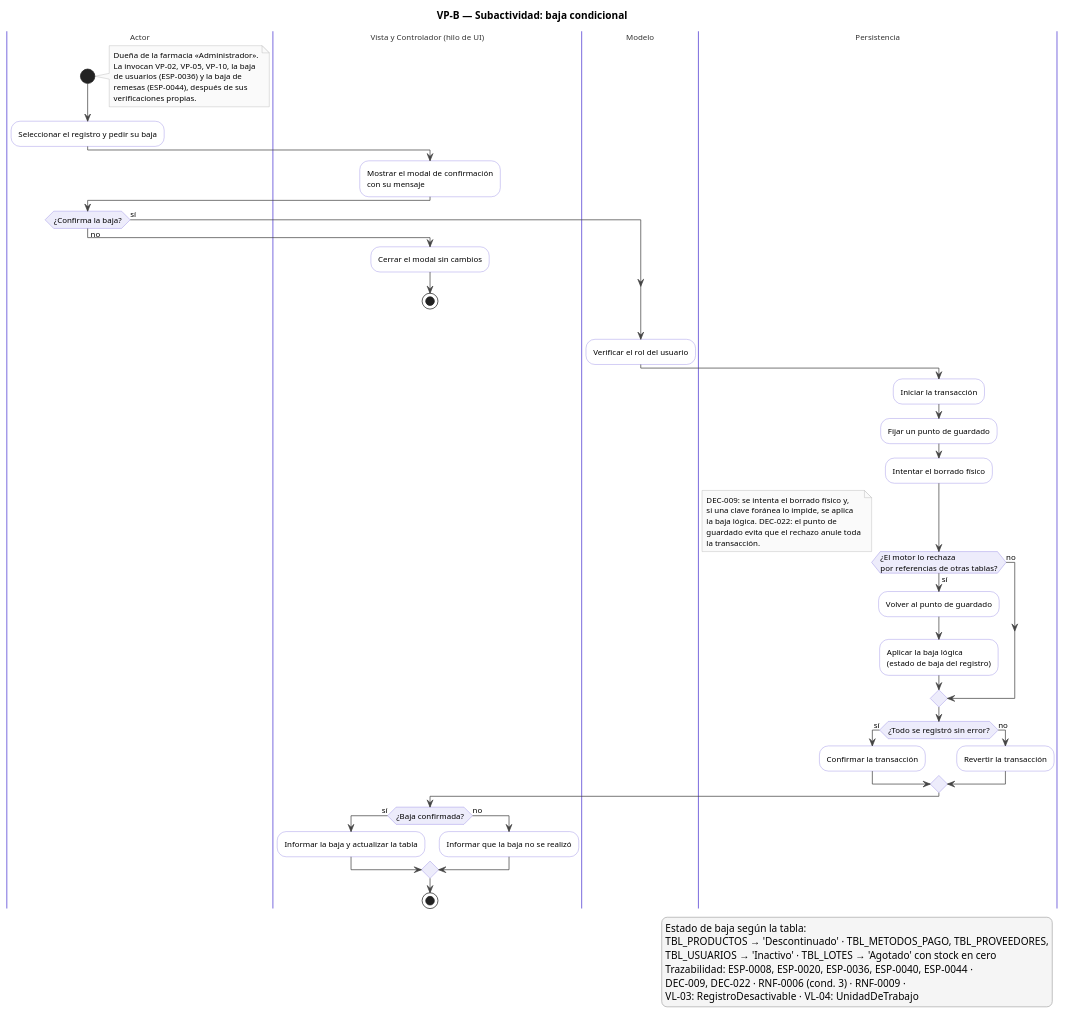
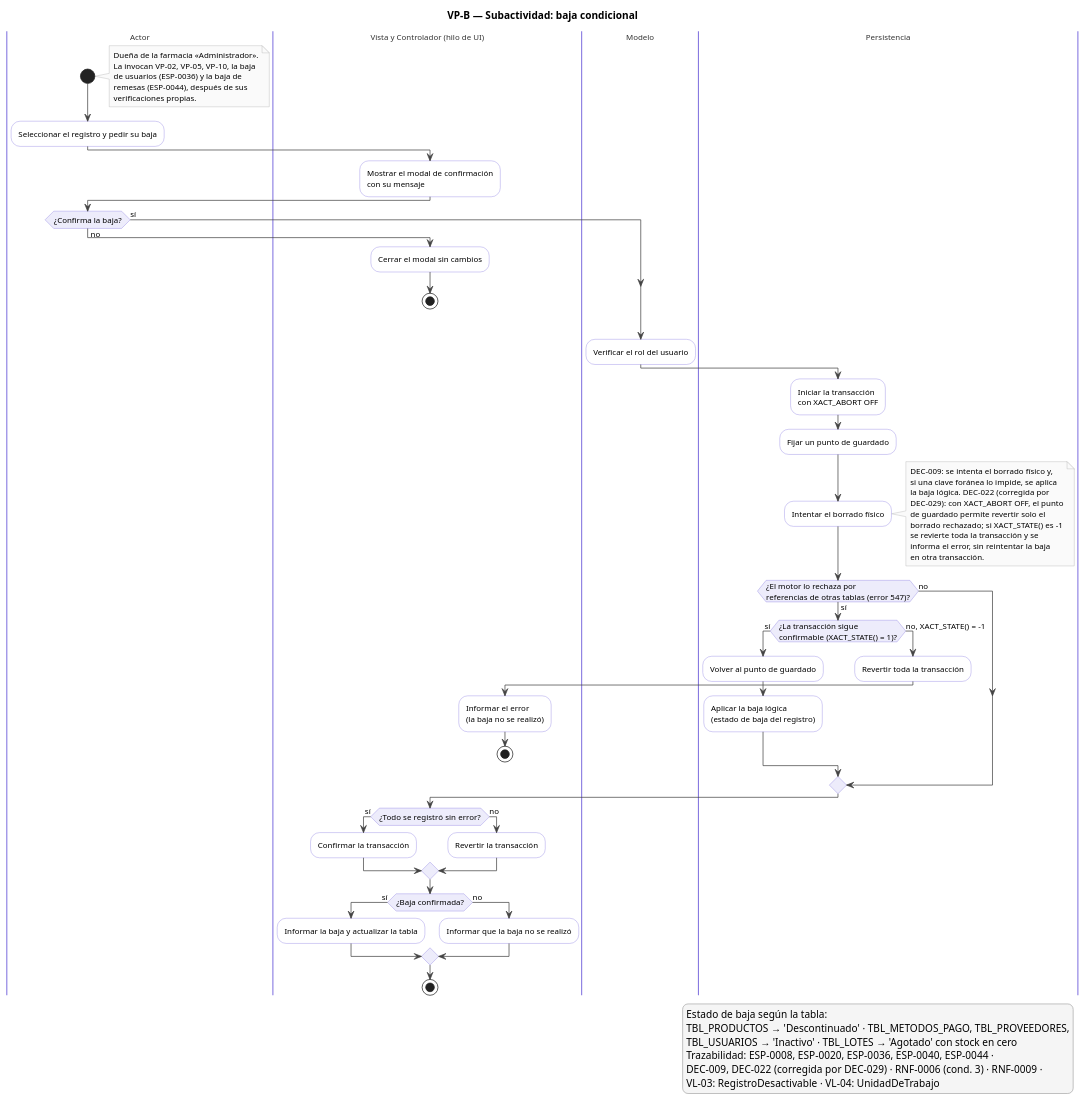
One commit to Luis-Ayben-Chahua-Charca/Farmasil_App changed the diagram in docs/diagramas/plaintext-VistaProcesos/VP-B_BajaCondicional.puml. Above: the diagram before and after it, drawn with PlantUML. The commit also changed 21 other files, not shown here.

```diff
--- a/docs/diagramas/plaintext-VistaProcesos/VP-B_BajaCondicional.puml
+++ b/docs/diagramas/plaintext-VistaProcesos/VP-B_BajaCondicional.puml
@@ -1,100 +1,115 @@
 @startuml VP-B_BajaCondicional
-' Vista de procesos FARMASIL_APP — VP-B_BajaCondicional (v01.00).
+' Vista de procesos FARMASIL_APP — VP-B_BajaCondicional (v02.00).
+' v02.00 (08/11/2026, issue #63): corrección de DEC-022 por DEC-029 (XACT_ABORT OFF y XACT_STATE).
 ' Convenciones: DEC-025 (particiones de VL-04, nivel de arquitectura, PlantUML + PNG).
 skinparam shadowing false
 skinparam defaultFontSize 11
 skinparam ArrowColor #444444
 skinparam activity {
   BackgroundColor #FFFFFF
   BorderColor #8577E0
   DiamondBackgroundColor #EDECFB
   DiamondBorderColor #8577E0
   BarColor #444444
 }
 skinparam swimlane {
   BorderColor #8577E0
   TitleFontColor #333333
 }
 skinparam note {
   BackgroundColor #FAFAFA
   BorderColor #AAAAAA
 }
 skinparam legend {
   BackgroundColor #F5F5F5
   BorderColor #AAAAAA
 }
 
 title VP-B — Subactividad: baja condicional
 
 |Actor|
 |Vista y Controlador (hilo de UI)|
 |Modelo|
 |Persistencia|
 
 |Actor|
 start
 note right
   Dueña de la farmacia «Administrador».
   La invocan VP-02, VP-05, VP-10, la baja
   de usuarios (ESP-0036) y la baja de
   remesas (ESP-0044), después de sus
   verificaciones propias.
 end note
 :Seleccionar el registro y pedir su baja;
 
 |Vista y Controlador (hilo de UI)|
 :Mostrar el modal de confirmación
 con su mensaje;
 
 |Actor|
 if (¿Confirma la baja?) then (no)
   |Vista y Controlador (hilo de UI)|
   :Cerrar el modal sin cambios;
   stop
 else (sí)
 endif
 
 |Modelo|
 :Verificar el rol del usuario;
 
 |Persistencia|
-:Iniciar la transacción;
+:Iniciar la transacción
+con XACT_ABORT OFF;
 :Fijar un punto de guardado;
 :Intentar el borrado físico;
-if (¿El motor lo rechaza
-por referencias de otras tablas?) then (sí)
-  :Volver al punto de guardado;
-  :Aplicar la baja lógica
-  (estado de baja del registro);
-else (no)
-endif
 note right
   DEC-009: se intenta el borrado físico y,
   si una clave foránea lo impide, se aplica
-  la baja lógica. DEC-022: el punto de
-  guardado evita que el rechazo anule toda
-  la transacción.
+  la baja lógica. DEC-022 (corregida por
+  DEC-029): con XACT_ABORT OFF, el punto
+  de guardado permite revertir solo el
+  borrado rechazado; si XACT_STATE() es -1
+  se revierte toda la transacción y se
+  informa el error, sin reintentar la baja
+  en otra transacción.
 end note
+if (¿El motor lo rechaza por
+referencias de otras tablas (error 547)?) then (sí)
+  if (¿La transacción sigue
+confirmable (XACT_STATE() = 1)?) then (sí)
+    :Volver al punto de guardado;
+    :Aplicar la baja lógica
+    (estado de baja del registro);
+  else (no, XACT_STATE() = -1)
+    :Revertir toda la transacción;
+    |Vista y Controlador (hilo de UI)|
+    :Informar el error
+    (la baja no se realizó);
+    stop
+  endif
+else (no)
+endif
 if (¿Todo se registró sin error?) then (sí)
   :Confirmar la transacción;
 else (no)
   :Revertir la transacción;
 endif
 
 |Vista y Controlador (hilo de UI)|
 if (¿Baja confirmada?) then (sí)
   :Informar la baja y actualizar la tabla;
 else (no)
   :Informar que la baja no se realizó;
 endif
 stop
 
 legend right
   Estado de baja según la tabla:
   TBL_PRODUCTOS → 'Descontinuado' · TBL_METODOS_PAGO, TBL_PROVEEDORES,
   TBL_USUARIOS → 'Inactivo' · TBL_LOTES → 'Agotado' con stock en cero
   Trazabilidad: ESP-0008, ESP-0020, ESP-0036, ESP-0040, ESP-0044 ·
-  DEC-009, DEC-022 · RNF-0006 (cond. 3) · RNF-0009 ·
+  DEC-009, DEC-022 (corregida por DEC-029) · RNF-0006 (cond. 3) · RNF-0009 ·
   VL-03: RegistroDesactivable · VL-04: UnidadDeTrabajo
 endlegend
 @enduml
```
